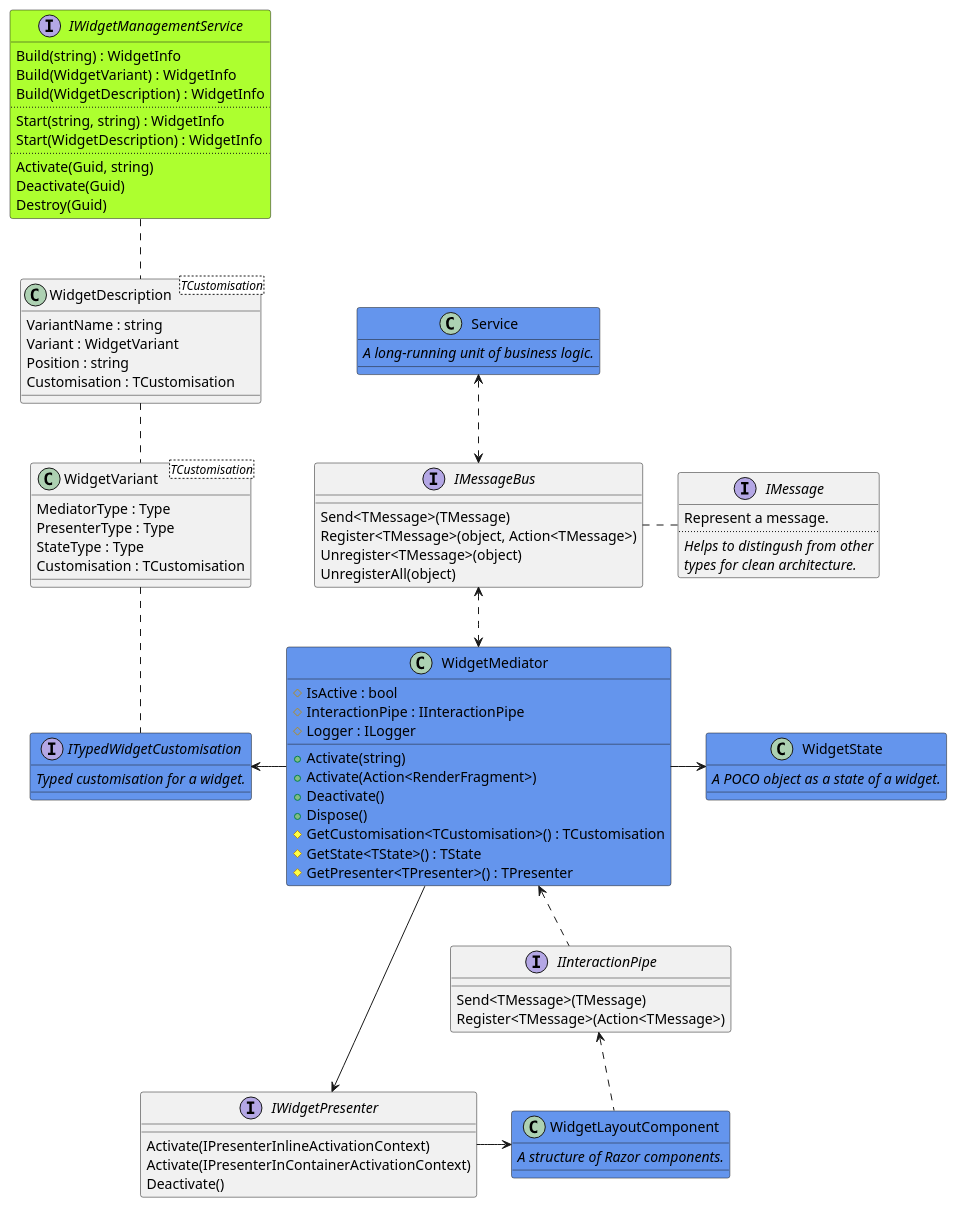
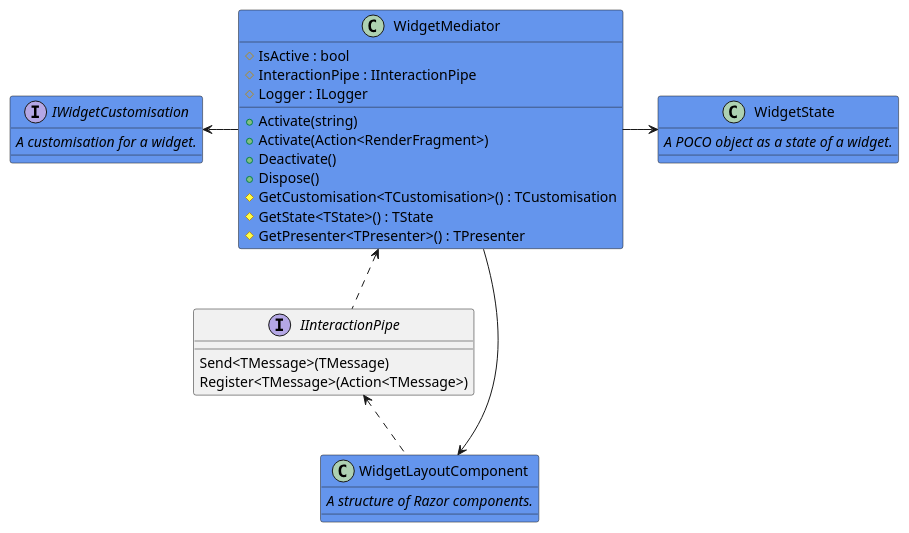
Before and after one commit to akobr/blazor.widgetised: the third of 10 diagrams in docs/diagrams.puml, drawn with PlantUML. The commit also changed 1 other file, not shown here.

Commit message:
split of architecture diagram

```diff
--- a/docs/diagrams.puml
+++ b/docs/diagrams.puml
@@ -1,100 +74,40 @@
-@startuml architecture
-
-interface IMessage {
-    Represent a message.
-    ..
-    <i>Helps to distingush from other</i>
-    <i>types for clean architecture.</i>
-}
-
-interface IMessageBus {
-    Send<TMessage>(TMessage)
-    Register<TMessage>(object, Action<TMessage>)
-    Unregister<TMessage>(object)
-    UnregisterAll(object)
-}
-
-interface IInteractionPipe {
-    Send<TMessage>(TMessage)
-    Register<TMessage>(Action<TMessage>)
-}
-
-class WidgetVariant<TCustomisation> {
-    MediatorType : Type
-    PresenterType : Type
-    StateType : Type
-    Customisation : TCustomisation
-}
-
-class WidgetDescription<TCustomisation> {
-    VariantName : string
-    Variant : WidgetVariant
-    Position : string
-    Customisation : TCustomisation
-}
-
-interface IWidgetManagementService #GreenYellow {
-    Build(string) : WidgetInfo
-    Build(WidgetVariant) : WidgetInfo
-    Build(WidgetDescription) : WidgetInfo
-    ..
-    Start(string, string) : WidgetInfo
-    Start(WidgetDescription) : WidgetInfo
-    ..
-    Activate(Guid, string)
-    Deactivate(Guid)
-    Destroy(Guid)
-}
+@startuml architecture-widget
 
 class WidgetMediator #CornflowerBlue {
     #IsActive : bool
     #InteractionPipe : IInteractionPipe
     #Logger : ILogger
     +Activate(string)
     +Activate(Action<RenderFragment>)
     +Deactivate()
     +Dispose()
     #GetCustomisation<TCustomisation>() : TCustomisation
     #GetState<TState>() : TState
     #GetPresenter<TPresenter>() : TPresenter
 }
 
-interface IWidgetPresenter {
-    Activate(IPresenterInlineActivationContext)
-    Activate(IPresenterInContainerActivationContext)
-    Deactivate()
+interface IInteractionPipe {
+    Send<TMessage>(TMessage)
+    Register<TMessage>(Action<TMessage>)
 }
 
-interface ITypedWidgetCustomisation #CornflowerBlue {
-    <i>Typed customisation for a widget.</i>
+interface IWidgetCustomisation #CornflowerBlue {
+    <i>A customisation for a widget.</i>
 }
 
 class WidgetState #CornflowerBlue {
     <i>A POCO object as a state of a widget.</i>
 }
 
 class WidgetLayoutComponent #CornflowerBlue {
     <i>A structure of Razor components.</i>
 }
 
-class Service #CornflowerBlue {
-    <i>A long-running unit of business logic.</i>
-}
 
-Service <..> IMessageBus
-
-IWidgetManagementService .. WidgetDescription
-WidgetDescription .. WidgetVariant
-WidgetVariant .. ITypedWidgetCustomisation
-
-IMessageBus <..> WidgetMediator
-IMessageBus . IMessage
-
-ITypedWidgetCustomisation <- WidgetMediator
+WidgetMediator ---> WidgetLayoutComponent
+IWidgetCustomisation <- WidgetMediator
 WidgetMediator -> WidgetState
-WidgetMediator --> IWidgetPresenter
-IWidgetPresenter -> WidgetLayoutComponent
 WidgetMediator <.. IInteractionPipe
 IInteractionPipe <.. WidgetLayoutComponent
 
 @enduml
```
